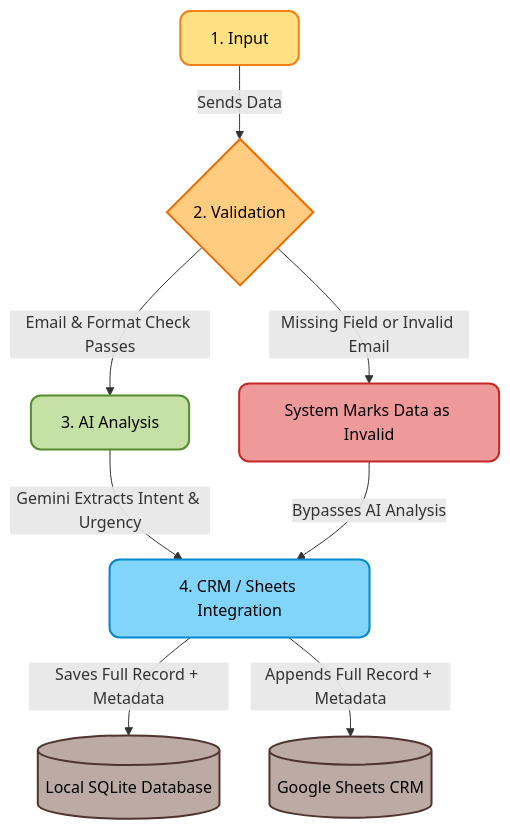
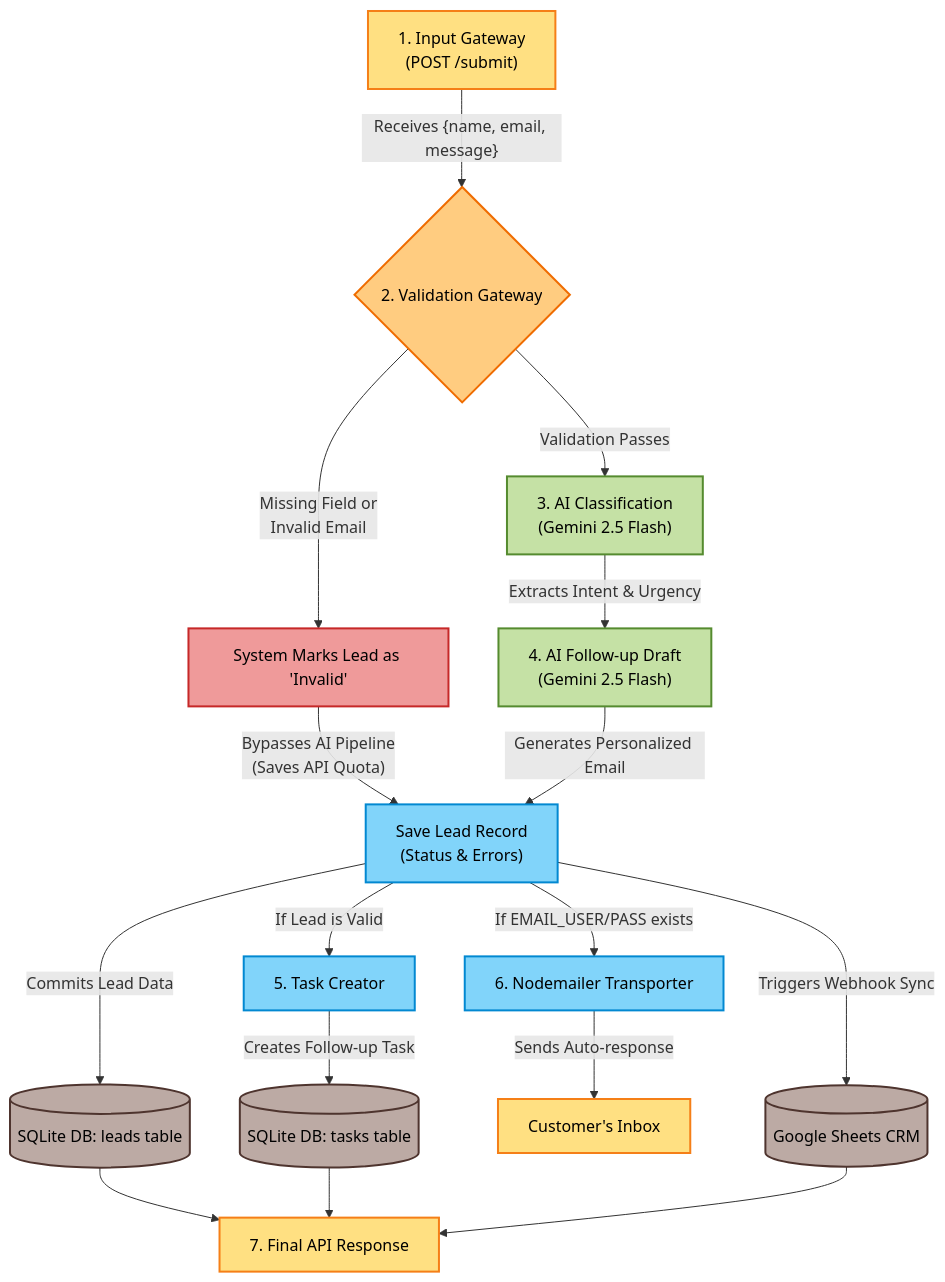
One commit to Busraaltin/CRM_Project_Final changed the first of 2 diagrams in hw3_workflow_uml.md. Above: the diagram before and after it, drawn with Mermaid. The commit also changed other lines of this file and 8 other files, not shown here.

Commit message:
Final Project CRM Pipeline Submission

````diff
--- a/hw3_workflow_uml.md
+++ b/hw3_workflow_uml.md
@@ -4,20 +12,34 @@
 ```mermaid
 flowchart TD
-    classDef trigger fill:#FFE082,stroke:#F57F17,stroke-width:2px,color:#000000,rx:10,ry:10
-    classDef decision fill:#FFCC80,stroke:#EF6C00,stroke-width:2px,color:#000000,rx:10,ry:10
-    classDef ai fill:#C5E1A5,stroke:#558B2F,stroke-width:2px,color:#000000,rx:10,ry:10
-    classDef server fill:#81D4FA,stroke:#0288D1,stroke-width:2px,color:#000000,rx:10,ry:10
-    classDef storage fill:#BCAAA4,stroke:#4E342E,stroke-width:2px,color:#000000,rx:10,ry:10
-    classDef invalid fill:#EF9A9A,stroke:#C62828,stroke-width:2px,color:#000000,rx:10,ry:10
+    classDef trigger fill:#FFE082,stroke:#F57F17,stroke-width:2px,color:#000000
+    classDef decision fill:#FFCC80,stroke:#EF6C00,stroke-width:2px,color:#000000
+    classDef ai fill:#C5E1A5,stroke:#558B2F,stroke-width:2px,color:#000000
+    classDef server fill:#81D4FA,stroke:#0288D1,stroke-width:2px,color:#000000
+    classDef storage fill:#BCAAA4,stroke:#4E342E,stroke-width:2px,color:#000000
+    classDef invalid fill:#EF9A9A,stroke:#C62828,stroke-width:2px,color:#000000
 
-    A["1. Input"]:::trigger -->|"Sends Data"| B{"2. Validation"}:::decision
+    A["1. Input Gateway<br/>(POST /submit)"]:::trigger -->|"Receives {name, email, message}"| B{"2. Validation Gateway"}:::decision
     
-    B -->|"Email & Format Check Passes"| D["3. AI Analysis"]:::ai
-    D -->|"Gemini Extracts Intent & Urgency"| E["4. CRM / Sheets Integration"]:::server
+    %% Invalid Path
+    B -->|"Missing Field or<br/>Invalid Email"| C["System Marks Lead as 'Invalid'"]:::invalid
+    C -->|"Bypasses AI Pipeline<br/>(Saves API Quota)"| H["Save Lead Record<br/>(Status & Errors)"]:::server
     
-    B -->|"Missing Field or Invalid Email"| C["System Marks Data as Invalid"]:::invalid
-    C -->|"Bypasses AI Analysis"| E
+    %% Valid Path
+    B -->|"Validation Passes"| D["3. AI Classification<br/>(Gemini 2.5 Flash)"]:::ai
+    D -->|"Extracts Intent & Urgency"| E["4. AI Follow-up Draft<br/>(Gemini 2.5 Flash)"]:::ai
+    E -->|"Generates Personalized Email"| H
     
-    E -->|"Saves Full Record + Metadata"| F[("Local SQLite Database")]:::storage
-    E -->|"Appends Full Record + Metadata"| G[("Google Sheets CRM")]:::storage
+    %% Storage & Actions
+    H -->|"Commits Lead Data"| F[("SQLite DB: leads table")]:::storage
+    H -->|"If Lead is Valid"| I["5. Task Creator"]:::server
+    I -->|"Creates Follow-up Task"| G[("SQLite DB: tasks table")]:::storage
+    
+    H -->|"If EMAIL_USER/PASS exists"| J["6. Nodemailer Transporter"]:::server
+    J -->|"Sends Auto-response"| K["Customer's Inbox"]:::trigger
+    
+    H -->|"Triggers Webhook Sync"| L[("Google Sheets CRM")]:::storage
+    
+    F --> M["7. Final API Response"]:::trigger
+    G --> M
+    L --> M
 ```
````
